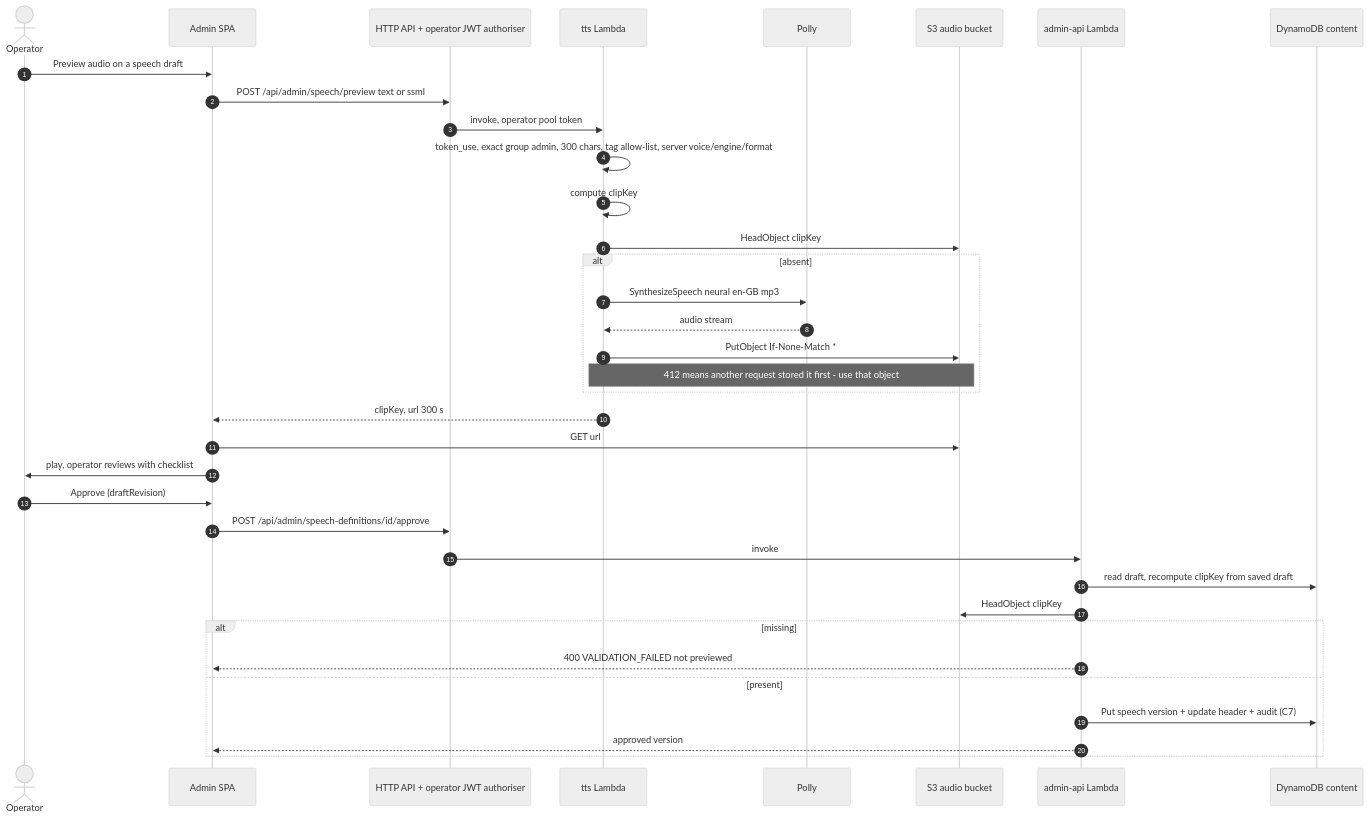
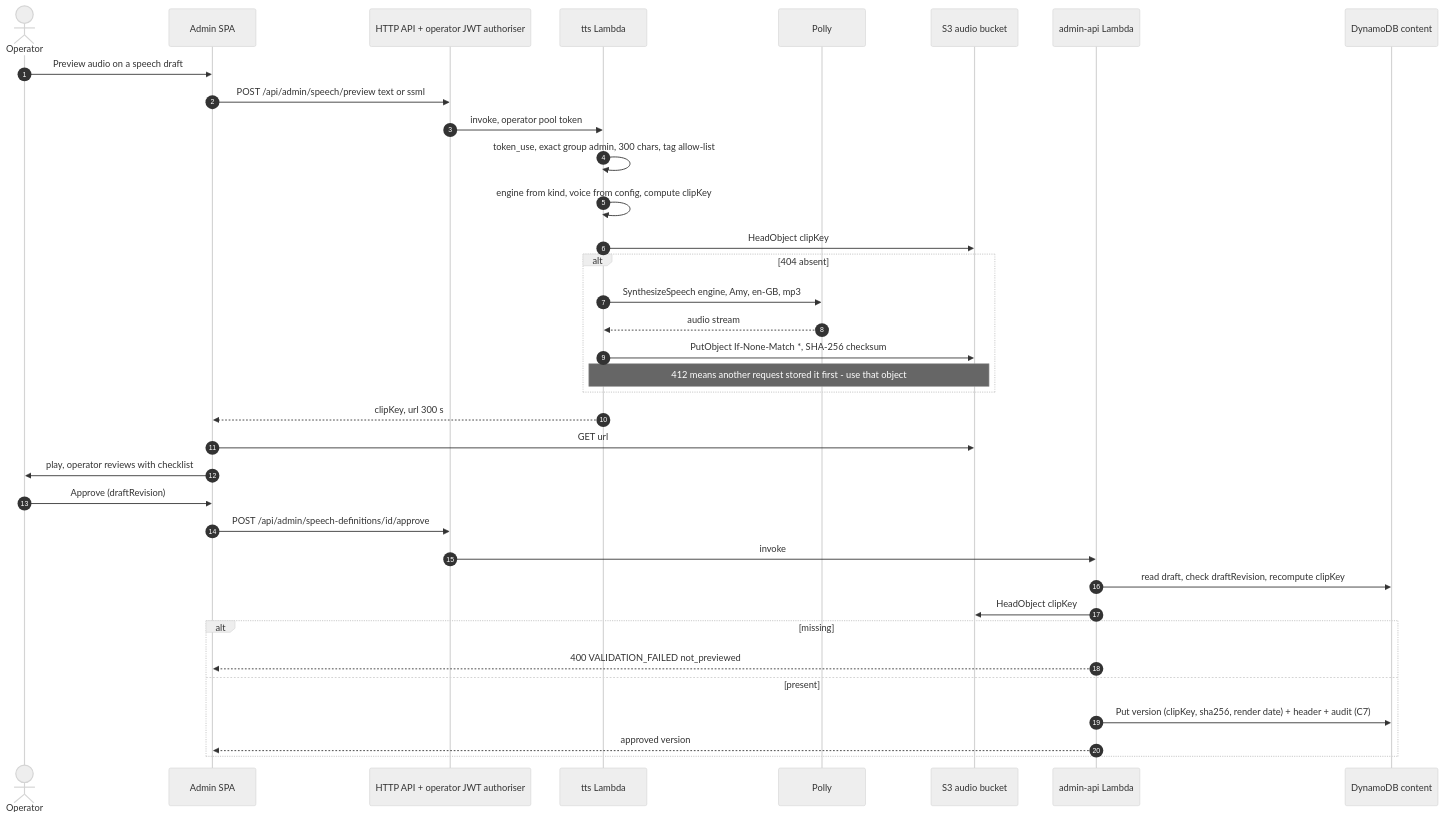
One commit to jacklavelle286/space-tower-defence changed the fourth of 6 diagrams in docs/plan/E-architecture.md. Above: the diagram before and after it, drawn with Mermaid (neutral theme). The commit also changed other lines of this file and 6 other files, not shown here.

````diff
--- a/docs/plan/E-architecture.md
+++ b/docs/plan/E-architecture.md
@@ -397,39 +464,39 @@
 ```mermaid
 sequenceDiagram
   autonumber
   actor Op as Operator
   participant AD as Admin SPA
   participant GW as HTTP API + operator JWT authoriser
   participant T as tts Lambda
   participant P as Polly
   participant S3 as S3 audio bucket
   participant A as admin-api Lambda
   participant C as DynamoDB content
 
   Op->>AD: Preview audio on a speech draft
   AD->>GW: POST /api/admin/speech/preview text or ssml
   GW->>T: invoke, operator pool token
-  T->>T: token_use, exact group admin, 300 chars, tag allow-list, server voice/engine/format
-  T->>T: compute clipKey
+  T->>T: token_use, exact group admin, 300 chars, tag allow-list
+  T->>T: engine from kind, voice from config, compute clipKey
   T->>S3: HeadObject clipKey
-  alt absent
-    T->>P: SynthesizeSpeech neural en-GB mp3
+  alt 404 absent
+    T->>P: SynthesizeSpeech engine, Amy, en-GB, mp3
     P-->>T: audio stream
-    T->>S3: PutObject If-None-Match *
+    T->>S3: PutObject If-None-Match *, SHA-256 checksum
     Note over T,S3: 412 means another request stored it first - use that object
   end
   T-->>AD: clipKey, url 300 s
   AD->>S3: GET url
   AD->>Op: play, operator reviews with checklist
   Op->>AD: Approve (draftRevision)
   AD->>GW: POST /api/admin/speech-definitions/id/approve
   GW->>A: invoke
-  A->>C: read draft, recompute clipKey from saved draft
+  A->>C: read draft, check draftRevision, recompute clipKey
   A->>S3: HeadObject clipKey
   alt missing
-    A-->>AD: 400 VALIDATION_FAILED not previewed
+    A-->>AD: 400 VALIDATION_FAILED not_previewed
   else present
-    A->>C: Put speech version + update header + audit (C7)
+    A->>C: Put version (clipKey, sha256, render date) + header + audit (C7)
     A-->>AD: approved version
   end
 ```
````
